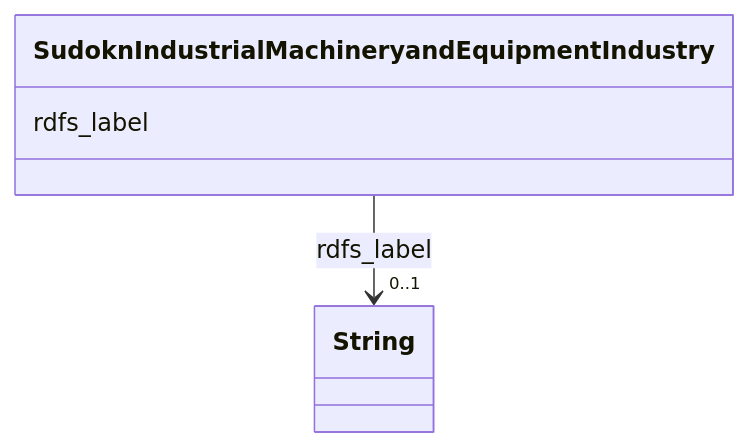
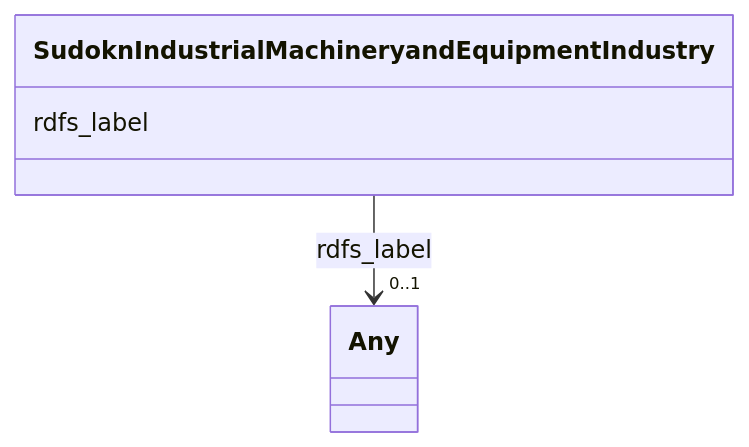
One commit to frink-okn/graph-descriptions changed the diagram in sudokn-kg/classes/SudoknIndustrialMachineryandEquipmentIndustry.md. Above: the diagram before and after it, drawn with Mermaid. The commit also changed other lines of this file and 903 other files, not shown here.

````diff
--- a/sudokn-kg/classes/SudoknIndustrialMachineryandEquipmentIndustry.md
+++ b/sudokn-kg/classes/SudoknIndustrialMachineryandEquipmentIndustry.md
@@ -23,15 +18,15 @@
 ```mermaid
  classDiagram
     class SudoknIndustrialMachineryandEquipmentIndustry
     click SudoknIndustrialMachineryandEquipmentIndustry href "../SudoknIndustrialMachineryandEquipmentIndustry"
       SudoknIndustrialMachineryandEquipmentIndustry : rdfs_label
         
           
     
     
-    SudoknIndustrialMachineryandEquipmentIndustry --> "0..1" String : rdfs_label
-    click String href "../String"
+    SudoknIndustrialMachineryandEquipmentIndustry --> "0..1" Any : rdfs_label
+    click Any href "../Any"
 
         
       
 ```
````
